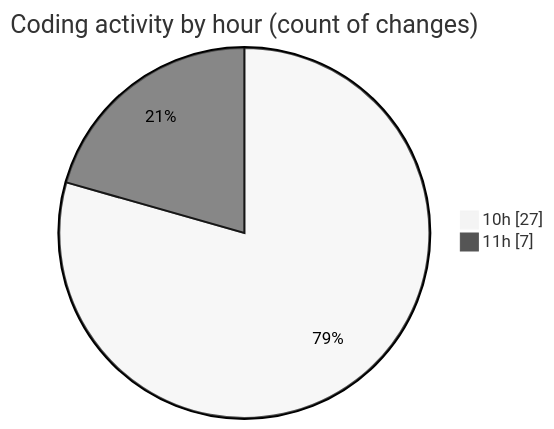
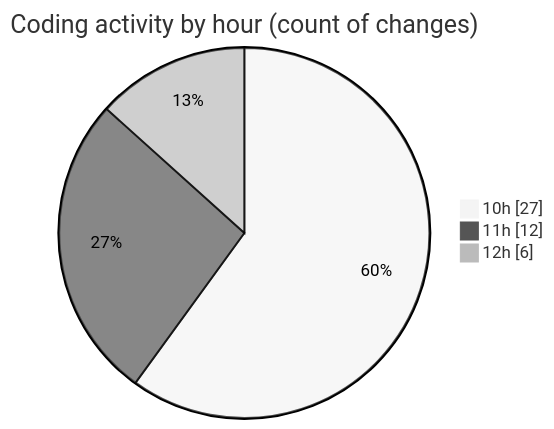
One commit to MatusMokan/code-tracking changed the second of 2 diagrams in 2025-03-01/myws__workspace_/README.md. Above: the diagram before and after it, drawn with Mermaid (neutral theme). The commit also changed other lines of this file and 1 other file, not shown here.

````diff
--- a/2025-03-01/myws__workspace_/README.md
+++ b/2025-03-01/myws__workspace_/README.md
@@ -32,6 +32,7 @@
 ```mermaid
 pie showData
 title Coding activity by hour (count of changes)
 "10h" : 27
-"11h" : 7
+"11h" : 12
+"12h" : 6
 ```
````
